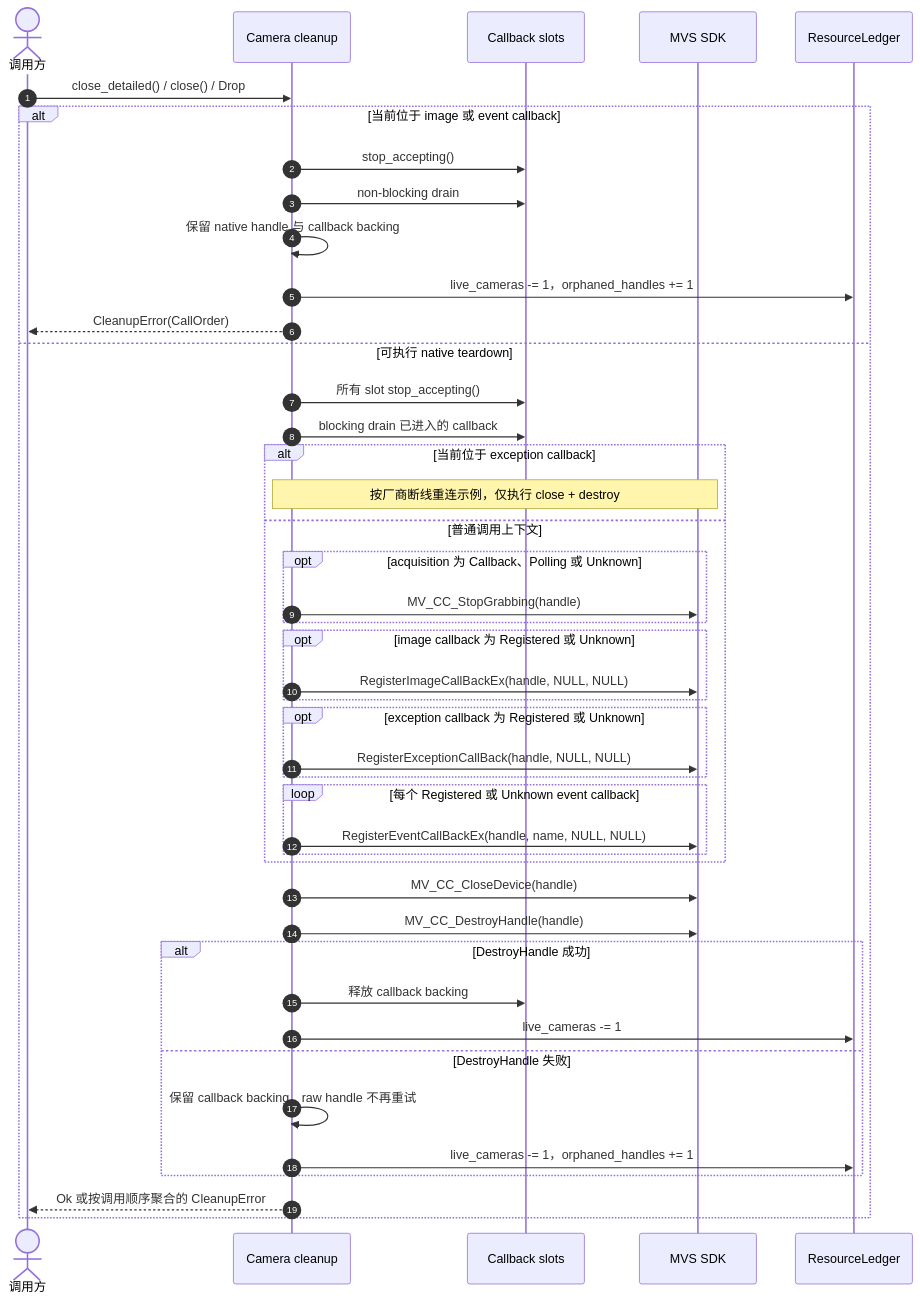
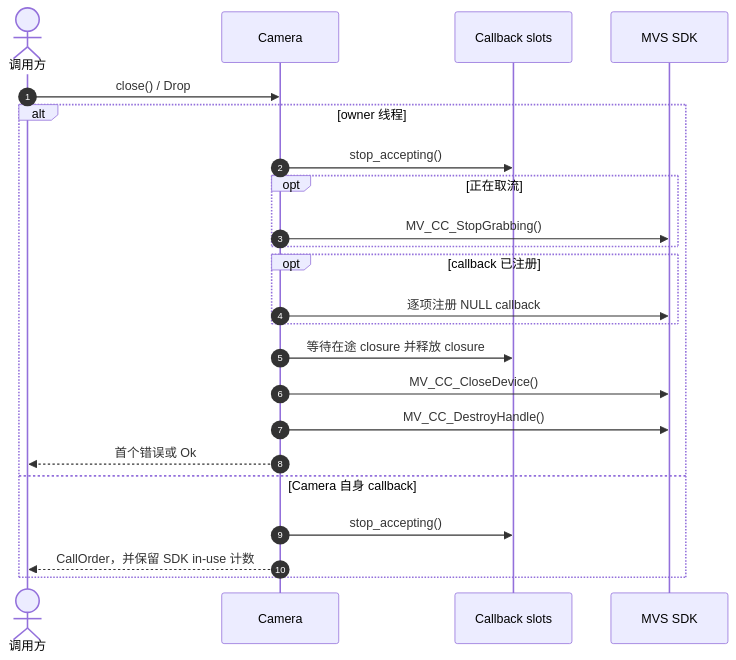
One commit to JSB-Unscarred/mvs-sdk-rs changed the diagram in 时序图/Camera显式关闭与Drop兜底.md. Above: the diagram before and after it, drawn with Mermaid. The commit also changed other lines of this file and 28 other files, not shown here.

````diff
--- a/时序图/Camera显式关闭与Drop兜底.md
+++ b/时序图/Camera显式关闭与Drop兜底.md
@@ -5,47 +3,26 @@
 ```mermaid
 sequenceDiagram
     autonumber
     actor Caller as 调用方
-    participant Camera as Camera cleanup
+    participant Camera as Camera
     participant Slots as Callback slots
     participant Native as MVS SDK
-    participant Ledger as ResourceLedger
 
-    Caller->>Camera: close_detailed() / close() / Drop
-    alt 当前位于 image 或 event callback
+    Caller->>Camera: close() / Drop
+    alt owner 线程
         Camera->>Slots: stop_accepting()
-        Camera->>Slots: non-blocking drain
-        Camera->>Camera: 保留 native handle 与 callback backing
-        Camera->>Ledger: live_cameras -= 1，orphaned_handles += 1
-        Camera-->>Caller: CleanupError(CallOrder)
-    else 可执行 native teardown
-        Camera->>Slots: 所有 slot stop_accepting()
-        Camera->>Slots: blocking drain 已进入的 callback
-        alt 当前位于 exception callback
-            Note over Camera,Native: 按厂商断线重连示例，仅执行 close + destroy
-        else 普通调用上下文
-            opt acquisition 为 Callback、Polling 或 Unknown
-                Camera->>Native: MV_CC_StopGrabbing(handle)
-            end
-            opt image callback 为 Registered 或 Unknown
-                Camera->>Native: RegisterImageCallBackEx(handle, NULL, NULL)
-            end
-            opt exception callback 为 Registered 或 Unknown
-                Camera->>Native: RegisterExceptionCallBack(handle, NULL, NULL)
-            end
-            loop 每个 Registered 或 Unknown event callback
-                Camera->>Native: RegisterEventCallBackEx(handle, name, NULL, NULL)
-            end
+        opt 正在取流
+            Camera->>Native: MV_CC_StopGrabbing()
         end
-        Camera->>Native: MV_CC_CloseDevice(handle)
-        Camera->>Native: MV_CC_DestroyHandle(handle)
-        alt DestroyHandle 成功
-            Camera->>Slots: 释放 callback backing
-            Camera->>Ledger: live_cameras -= 1
-        else DestroyHandle 失败
-            Camera->>Camera: 保留 callback backing，raw handle 不再重试
-            Camera->>Ledger: live_cameras -= 1，orphaned_handles += 1
+        opt callback 已注册
+            Camera->>Native: 逐项注册 NULL callback
         end
-        Camera-->>Caller: Ok 或按调用顺序聚合的 CleanupError
+        Camera->>Slots: 等待在途 closure 并释放 closure
+        Camera->>Native: MV_CC_CloseDevice()
+        Camera->>Native: MV_CC_DestroyHandle()
+        Camera-->>Caller: 首个错误或 Ok
+    else Camera 自身 callback
+        Camera->>Slots: stop_accepting()
+        Camera-->>Caller: CallOrder，并保留 SDK in-use 计数
     end
 ```
````
